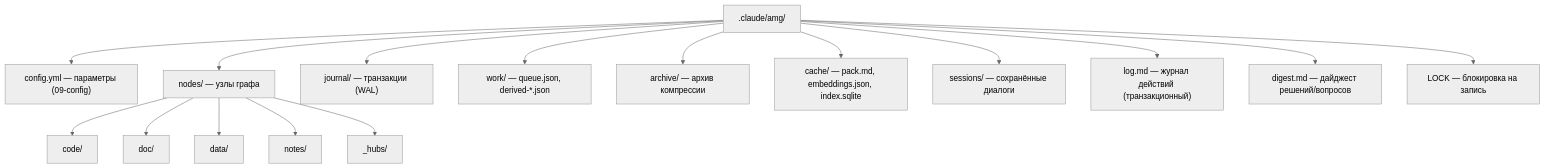
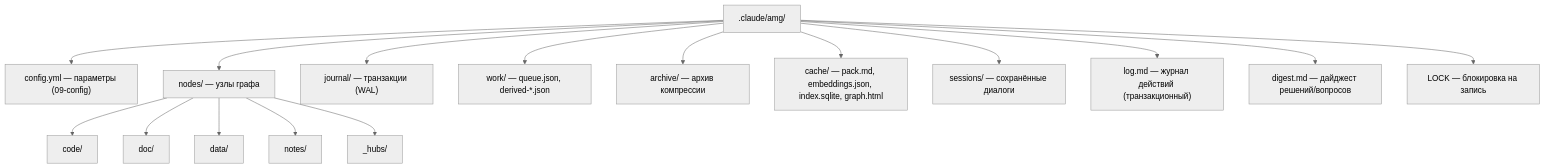
Before and after one commit to Kvazar123/llm-amg: the second of 2 diagrams in docs/ru/architecture/02-data-model.md, drawn with Mermaid (neutral theme). The commit also changed other lines of this file and 7 other files, not shown here.

First line of the commit message:
docs: document the 3D graph viewer (stage 15 closeout)

````diff
--- a/docs/ru/architecture/02-data-model.md
+++ b/docs/ru/architecture/02-data-model.md
@@ -210,18 +210,18 @@
 ```mermaid
 flowchart TD
     R[".claude/amg/"] --> CFG["config.yml — параметры (09-config)"]
     R --> N["nodes/ — узлы графа"]
     R --> J["journal/ — транзакции (WAL)"]
     R --> W["work/ — queue.json, derived-*.json"]
     R --> A["archive/ — архив компрессии"]
-    R --> CA["cache/ — pack.md, embeddings.json, index.sqlite"]
+    R --> CA["cache/ — pack.md, embeddings.json, index.sqlite, graph.html"]
     R --> SE["sessions/ — сохранённые диалоги"]
     R --> LG["log.md — журнал действий (транзакционный)"]
     R --> DG["digest.md — дайджест решений/вопросов"]
     R --> L["LOCK — блокировка на запись"]
     N --> NC["code/"]
     N --> ND["doc/"]
     N --> NA["data/"]
     N --> NN["notes/"]
     N --> NH["_hubs/"]
 ```
````
